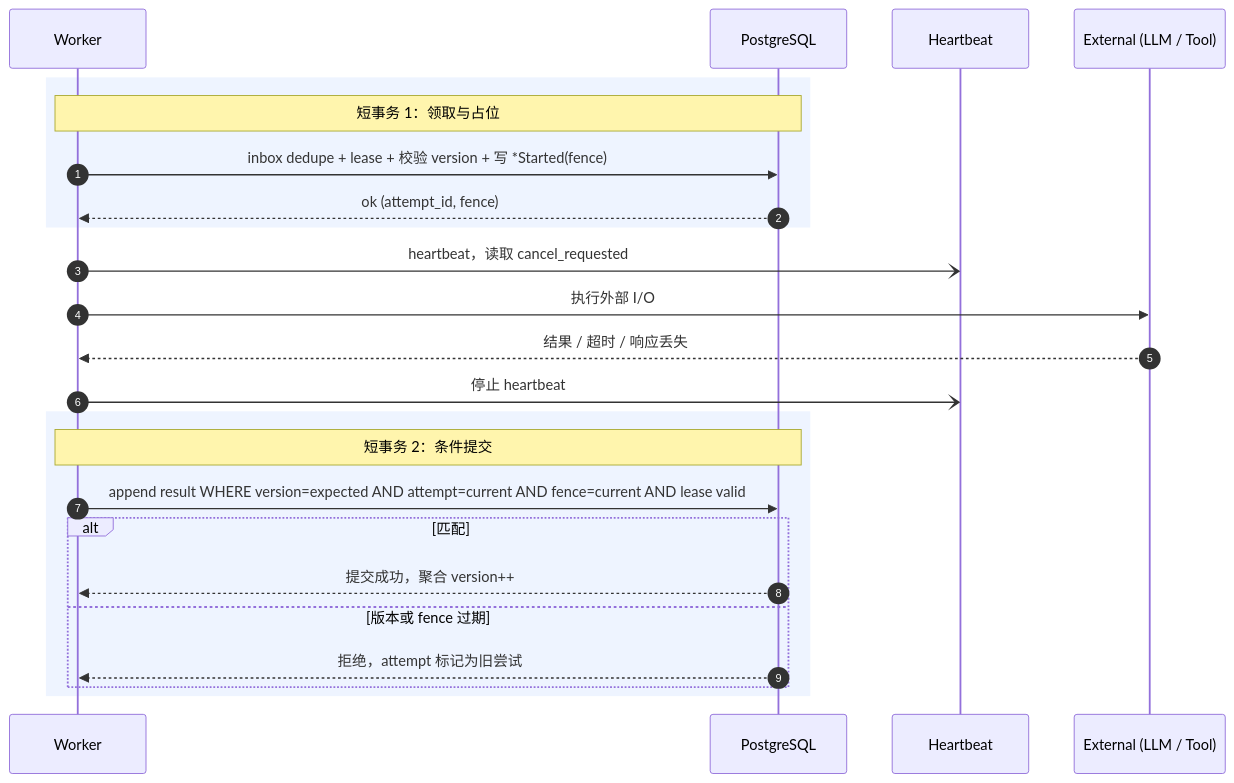
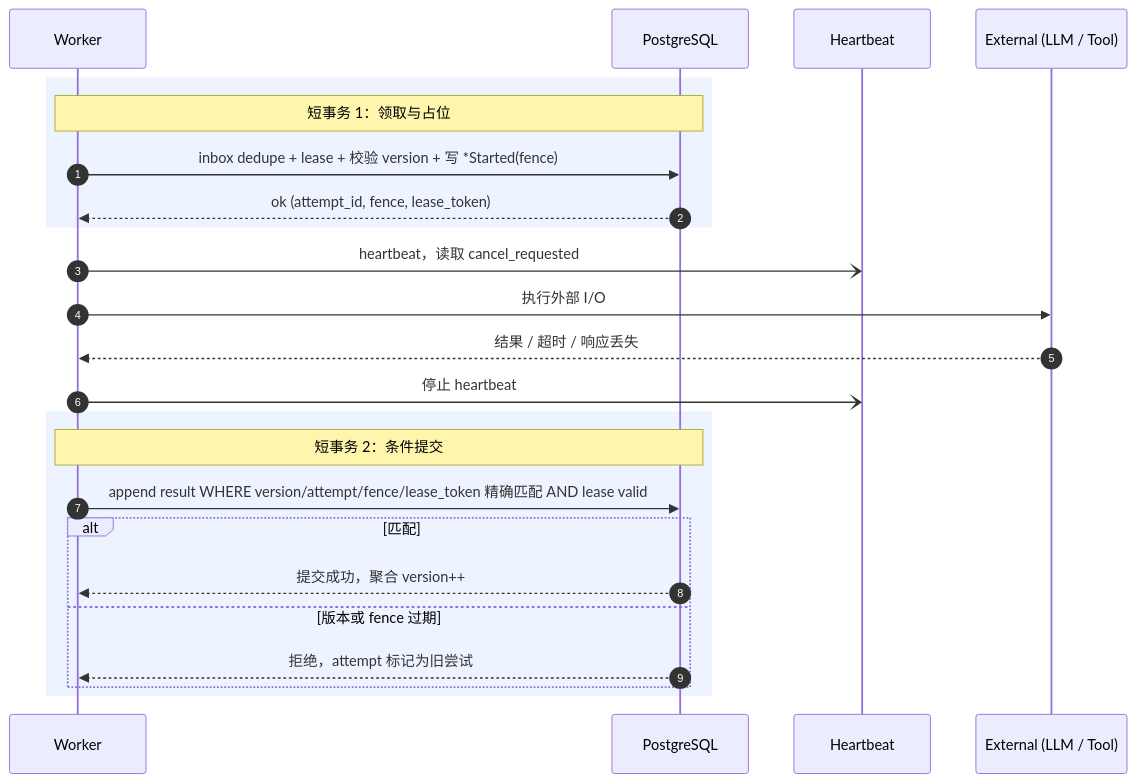
The diagram in docs/execution-model.md (erweixin/langshift.dev), drawn with Mermaid before and after one commit. The commit also changed other lines of this file and 14 other files, not shown here.

````diff
--- a/docs/execution-model.md
+++ b/docs/execution-model.md
@@ -68,29 +68,29 @@
 ```mermaid
 sequenceDiagram
   autonumber
   participant W as Worker
   participant DB as PostgreSQL
   participant H as Heartbeat
   participant X as External (LLM / Tool)
 
   rect rgb(238,244,255)
   note over W,DB: 短事务 1：领取与占位
   W->>DB: inbox dedupe + lease + 校验 version + 写 *Started(fence)
-  DB-->>W: ok (attempt_id, fence)
+  DB-->>W: ok (attempt_id, fence, lease_token)
   end
 
   W-)H: heartbeat，读取 cancel_requested
   W->>X: 执行外部 I/O
   X-->>W: 结果 / 超时 / 响应丢失
   W-)H: 停止 heartbeat
 
   rect rgb(238,244,255)
   note over W,DB: 短事务 2：条件提交
-  W->>DB: append result WHERE version=expected AND attempt=current AND fence=current AND lease valid
+  W->>DB: append result WHERE version/attempt/fence/lease_token 精确匹配 AND lease valid
   alt 匹配
     DB-->>W: 提交成功，聚合 version++
   else 版本或 fence 过期
     DB-->>W: 拒绝，attempt 标记为旧尝试
   end
   end
 ```
````
